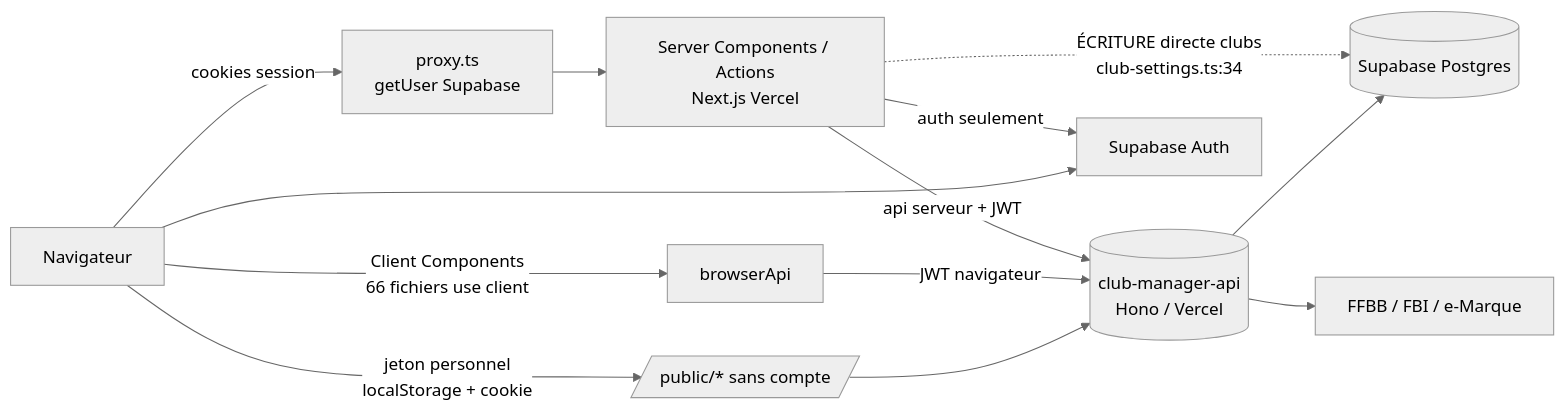
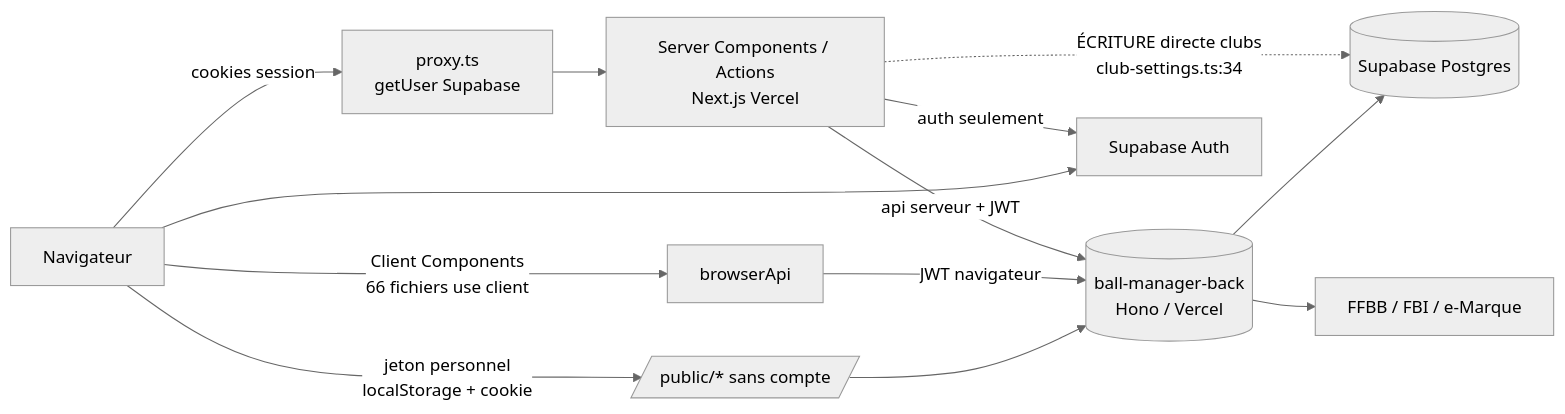
The diagram in docs/migration/01-cartographie-repo.md (anisfut1/SCSB), drawn with Mermaid (neutral theme) before and after one commit. The commit also changed other lines of this file and 125 other files, not shown here.

First line of the commit message:
chore: renommage SCSB → ball-manager-web, club-manager-api → ball-manager-back

````diff
--- a/docs/migration/01-cartographie-repo.md
+++ b/docs/migration/01-cartographie-repo.md
@@ -63,15 +63,15 @@
 ```mermaid
 flowchart LR
   U[Navigateur] -->|cookies session| P[proxy.ts<br/>getUser Supabase]
   P --> RSC[Server Components / Actions<br/>Next.js Vercel]
   U -->|Client Components<br/>66 fichiers use client| BA[browserApi]
-  RSC -->|api serveur + JWT| API[(club-manager-api<br/>Hono / Vercel)]
+  RSC -->|api serveur + JWT| API[(ball-manager-back<br/>Hono / Vercel)]
   BA -->|JWT navigateur| API
   RSC -->|auth seulement| SBA[Supabase Auth]
   U --> SBA
   RSC -.->|ÉCRITURE directe clubs<br/>club-settings.ts:34| SBDB[(Supabase Postgres)]
   API --> SBDB
   API --> EXT[FFBB / FBI / e-Marque]
   U -->|jeton personnel<br/>localStorage + cookie| PUB[/public/* sans compte/]
   PUB --> API
 ```
````
